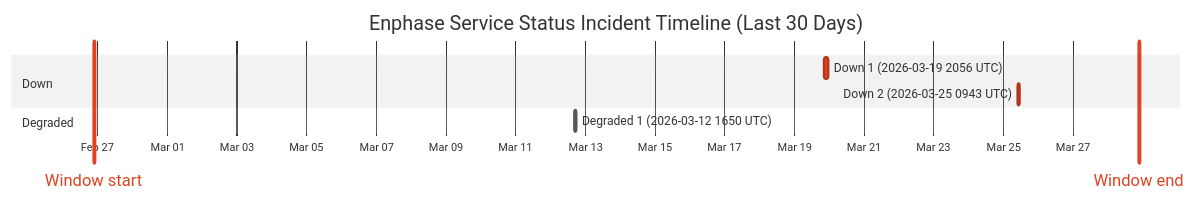
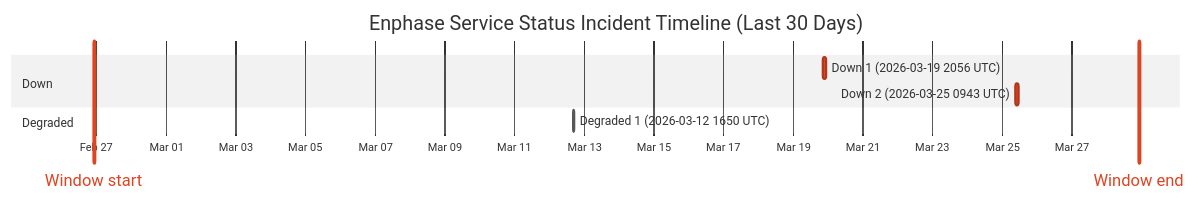
Before and after one commit to barneyonline/ha-enphase-ev-charger: the diagram in wiki/Service-Status-History.md, drawn with Mermaid (neutral theme). The commit also changed other lines of this file and 3 other files, not shown here.

````diff
--- a/wiki/Service-Status-History.md
+++ b/wiki/Service-Status-History.md
@@ -14,13 +14,13 @@
 ```mermaid
 gantt
     title Enphase Service Status Incident Timeline (Last 30 Days)
     dateFormat  YYYY-MM-DDTHH:mm:ss
     axisFormat  %b %d
-    Window start :vert, window-start, 2026-02-26T21:21:33, 0ms
-    Window end :vert, window-end, 2026-03-28T21:21:33, 0ms
+    Window start :vert, window-start, 2026-02-26T22:19:05, 0ms
+    Window end :vert, window-end, 2026-03-28T22:19:05, 0ms
     section Down
     Down 1 (2026-03-19 2056 UTC) :crit, down-1, 2026-03-19T20:56:20, 145m
     Down 2 (2026-03-25 0943 UTC) :crit, down-2, 2026-03-25T09:43:28, 111m
     section Degraded
     Degraded 1 (2026-03-12 1650 UTC) :active, degraded-1, 2026-03-12T16:50:43, 60m
 ```
````
